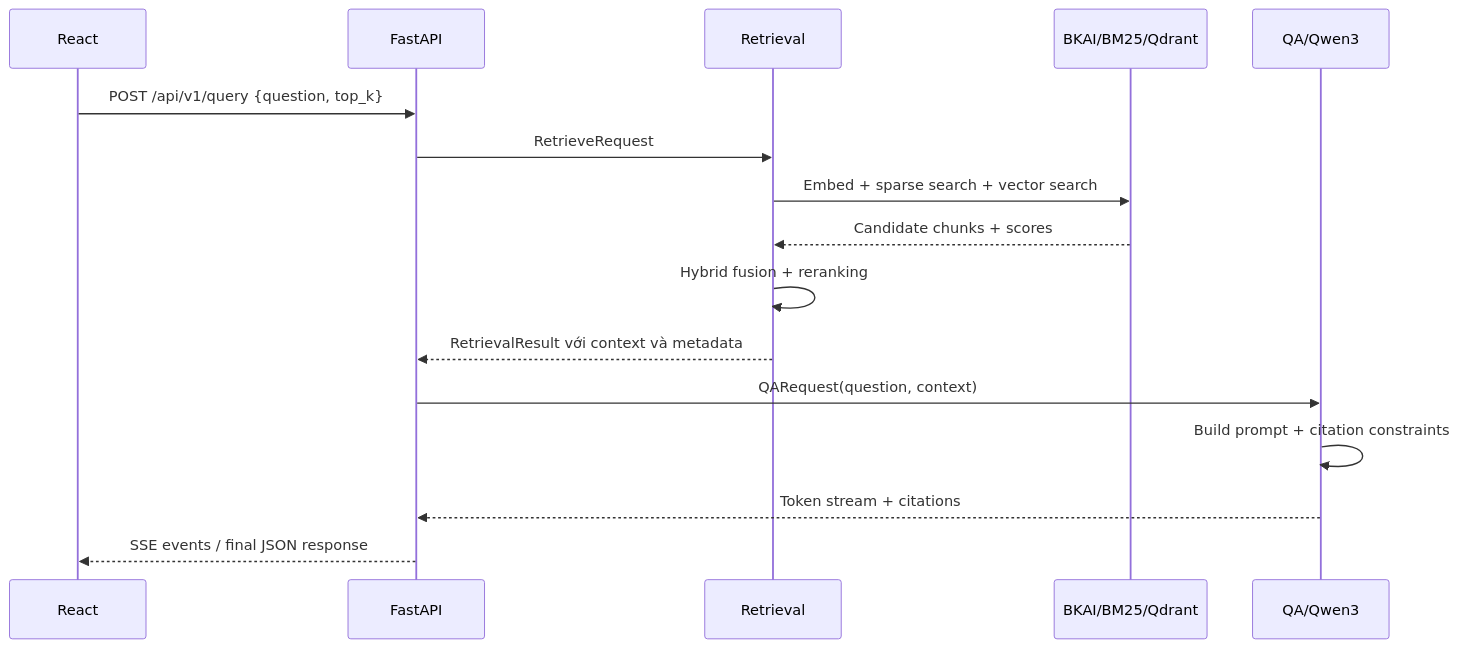
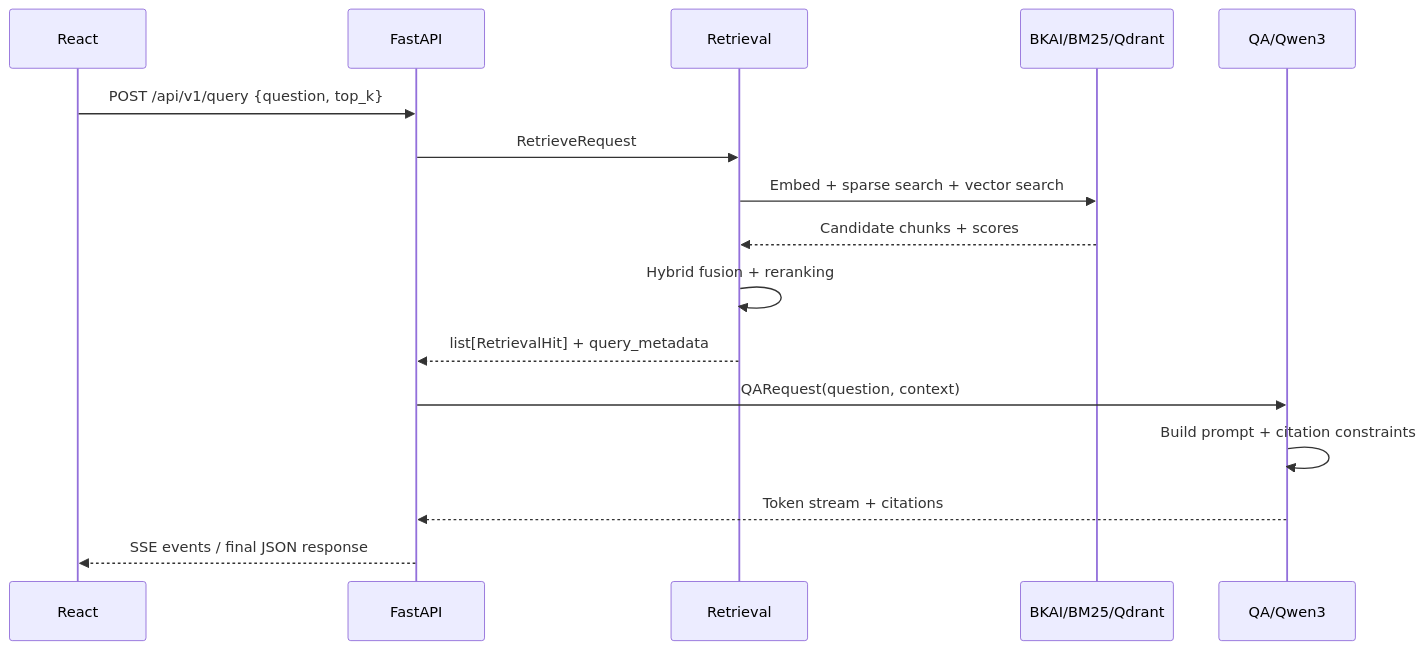
Before and after one commit to solvarhuynh/UIT-Data-Science-Challenge-2026: the second of 2 diagrams in docs/10_system_design.md, drawn with Mermaid. The commit also changed other lines of this file and 2 other files, not shown here.

Commit message:
docs(architecture): standardize system design and search docs around RetrievalHit

````diff
--- a/docs/10_system_design.md
+++ b/docs/10_system_design.md
@@ -45,18 +45,18 @@
 ```mermaid
 sequenceDiagram
     participant F as React
     participant A as FastAPI
     participant R as Retrieval
     participant B as BKAI/BM25/Qdrant
     participant Q as QA/Qwen3
     F->>A: POST /api/v1/query {question, top_k}
     A->>R: RetrieveRequest
     R->>B: Embed + sparse search + vector search
     B-->>R: Candidate chunks + scores
     R->>R: Hybrid fusion + reranking
-    R-->>A: RetrievalResult với context và metadata
+    R-->>A: list[RetrievalHit] + query_metadata
     A->>Q: QARequest(question, context)
     Q->>Q: Build prompt + citation constraints
     Q-->>A: Token stream + citations
     A-->>F: SSE events / final JSON response
 ```
````
